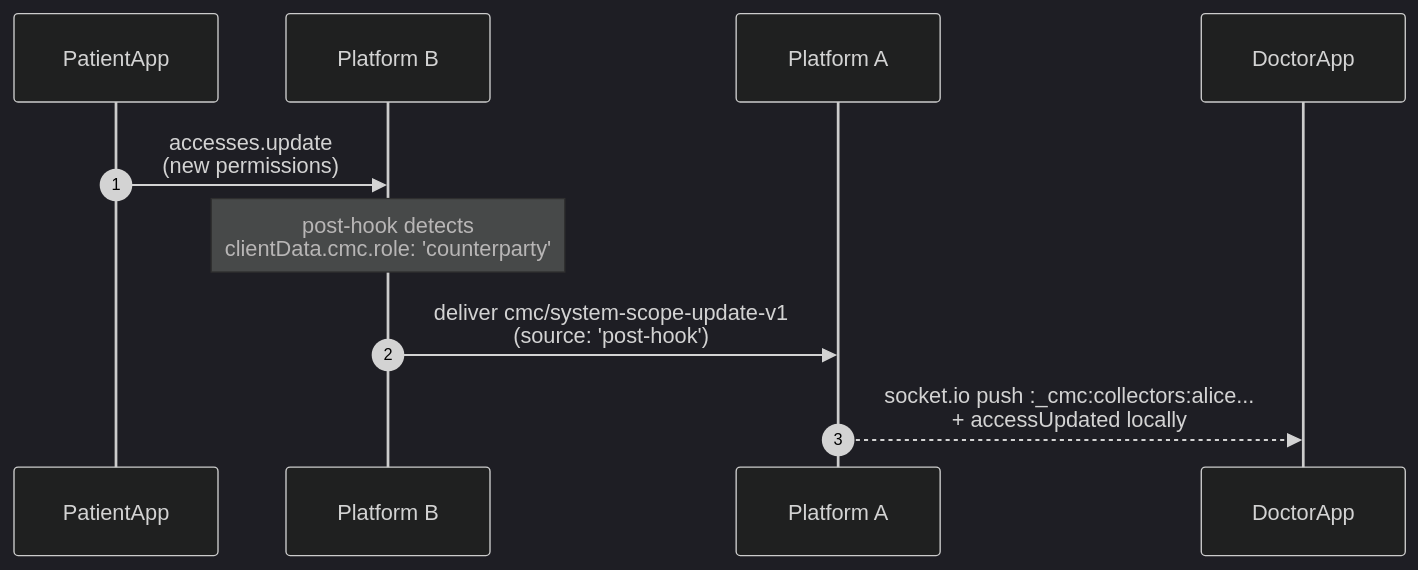
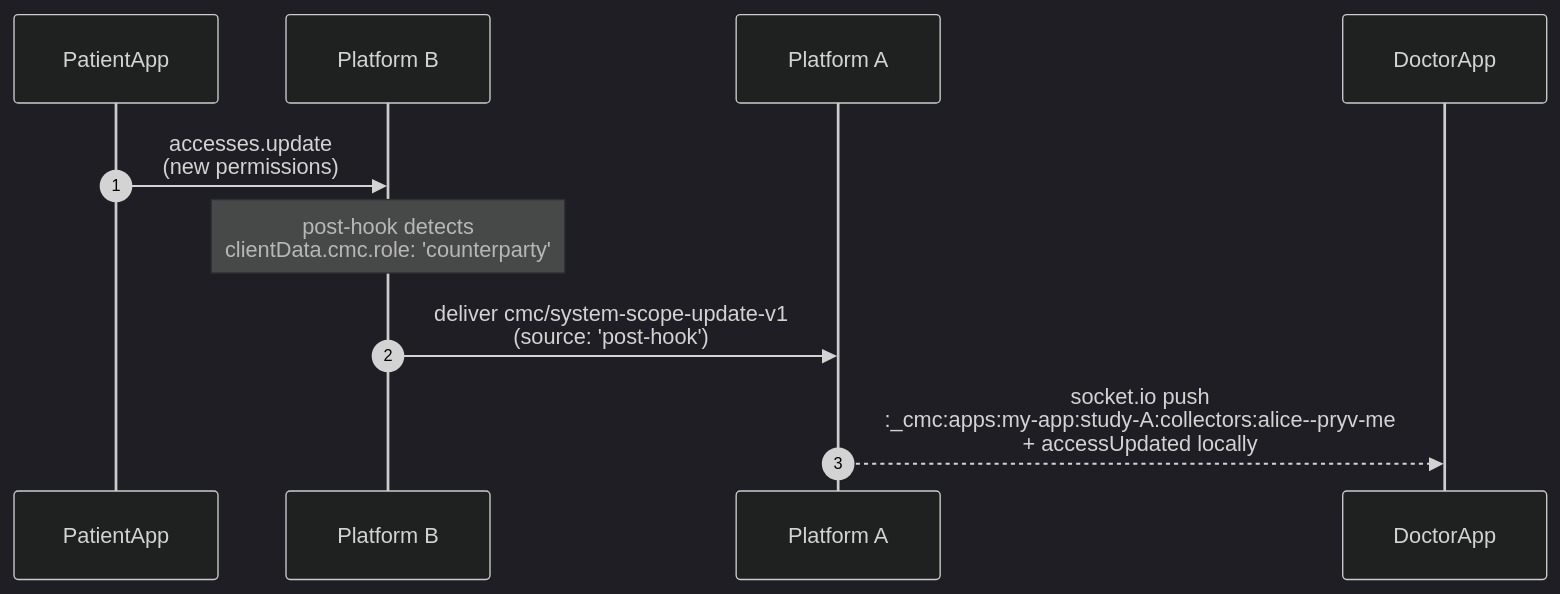
Before and after one commit to pryv/open-pryv.io: the fifth of 5 diagrams in components/cmc/IMPLEMENTERS-GUIDE.md, drawn with Mermaid (dark theme). The commit also changed other lines of this file and 2 other files, not shown here.

First line of the commit message:
plan 68 — docs: rewrite to nested-under-apps namespace

````diff
--- a/components/cmc/IMPLEMENTERS-GUIDE.md
+++ b/components/cmc/IMPLEMENTERS-GUIDE.md
@@ -569,13 +569,13 @@
 ```mermaid
 sequenceDiagram
     autonumber
     participant PatientApp
     participant PlatformB as Platform B
     participant PlatformA as Platform A
     participant DoctorApp
 
     PatientApp->>PlatformB: accesses.update<br/>(new permissions)
     Note over PlatformB: post-hook detects<br/>clientData.cmc.role: 'counterparty'
     PlatformB->>PlatformA: deliver cmc/system-scope-update-v1<br/>(source: 'post-hook')
-    PlatformA-->>DoctorApp: socket.io push :_cmc:collectors:alice...<br/>+ accessUpdated locally
+    PlatformA-->>DoctorApp: socket.io push<br/>:_cmc:apps:my-app:study-A:collectors:alice--pryv-me<br/>+ accessUpdated locally
 ```
````
